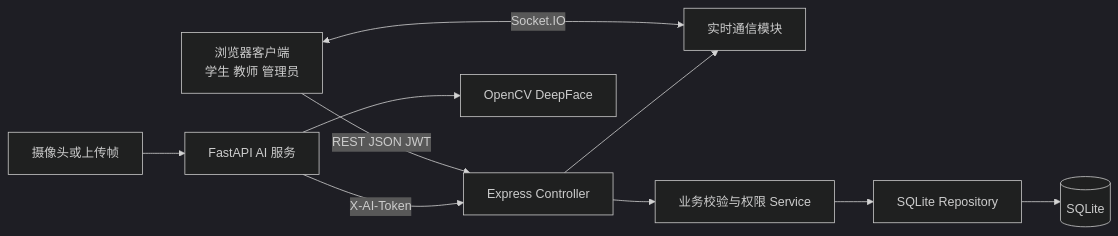
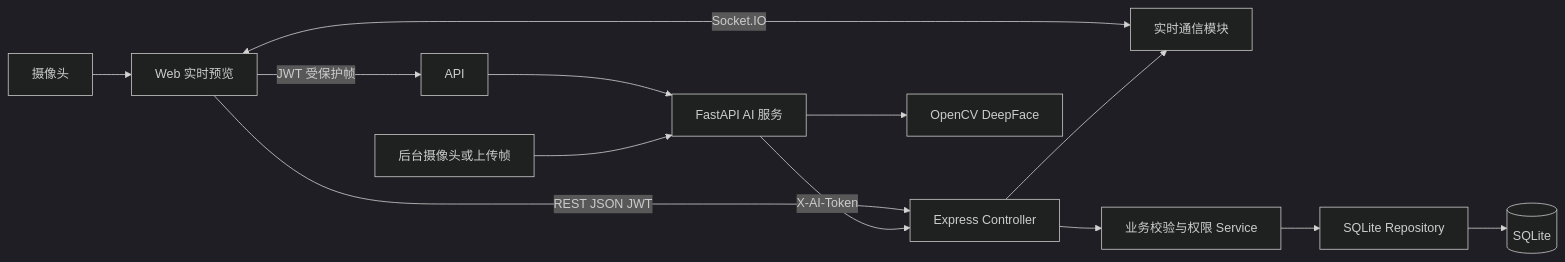
The first of 5 diagrams in docs/design.md (Qian122/emoji), drawn with Mermaid (dark theme) before and after one commit. The commit also changed 19 other files, not shown here.

Commit message:
feat(ai): add web camera preview and test guide

````diff
--- a/docs/design.md
+++ b/docs/design.md
@@ -7,12 +7,15 @@
 ```mermaid
 flowchart LR
   Browser[浏览器客户端\n学生 教师 管理员] -->|REST JSON JWT| Controller[Express Controller]
   Browser <-->|Socket.IO| Realtime[实时通信模块]
   Controller --> Service[业务校验与权限 Service]
   Service --> Repo[SQLite Repository]
   Repo --> DB[(SQLite)]
   AI[FastAPI AI 服务] -->|X-AI-Token| Controller
-  Camera[摄像头或上传帧] --> AI
+  Camera[摄像头] --> Browser[Web 实时预览]
+  Browser -->|JWT 受保护帧| API
+  API --> AI
+  Upload[后台摄像头或上传帧] --> AI
   AI --> Model[OpenCV DeepFace]
   Controller --> Realtime
 ```
````
